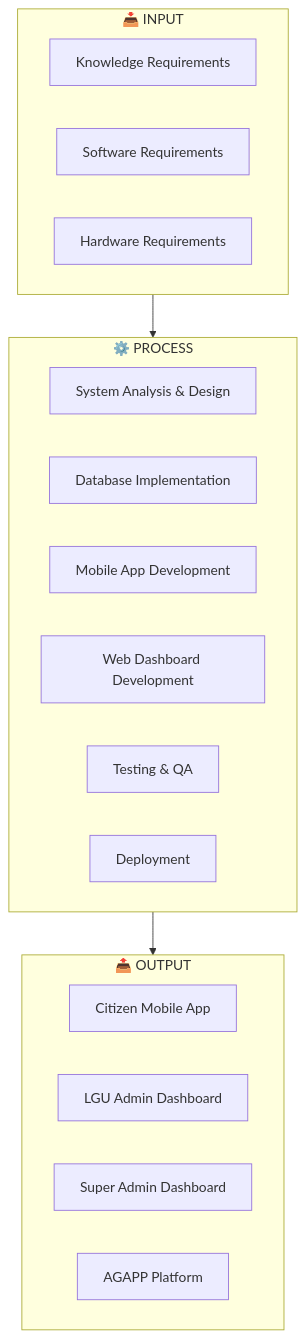
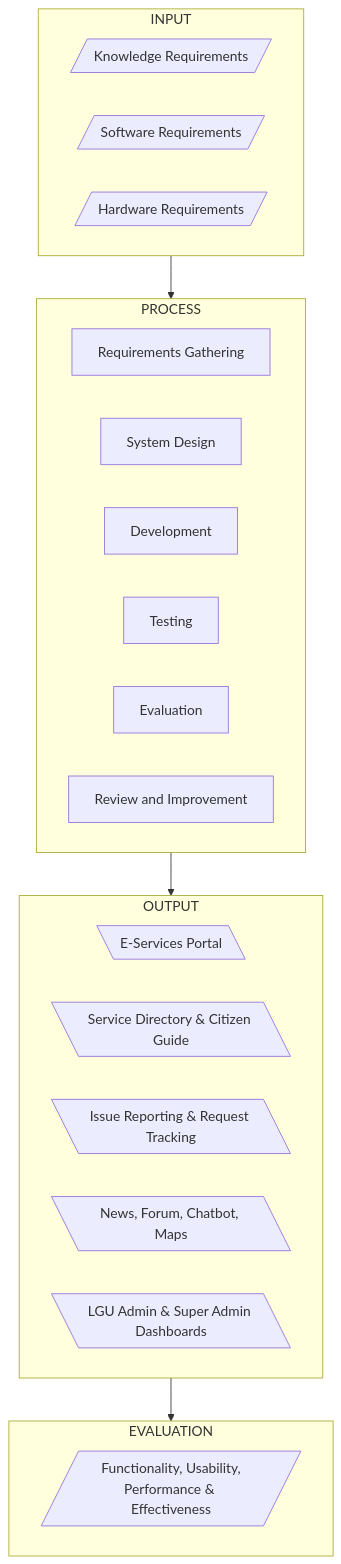
The first of 25 diagrams in Manuscript/diagrams.md (MellowLaw/AGAPP), drawn with Mermaid before and after one commit. The commit also changed other lines of this file and 1 other file, not shown here.

Commit message:
feat: update diagrams and figures documentation with detailed flowcharts and wireframes for AGAPP

````diff
--- a/Manuscript/diagrams.md
+++ b/Manuscript/diagrams.md
@@ -4,26 +4,32 @@
 ```mermaid
 flowchart TB
-    subgraph Input["📥 INPUT"]
-        I1[Knowledge Requirements]
-        I2[Software Requirements]
-        I3[Hardware Requirements]
+    subgraph Input["INPUT"]
+        I1[/Knowledge Requirements/]
+        I2[/Software Requirements/]
+        I3[/Hardware Requirements/]
     end
-    
-    subgraph Process["⚙️ PROCESS"]
-        P1[System Analysis & Design]
-        P2[Database Implementation]
-        P3[Mobile App Development]
-        P4[Web Dashboard Development]
-        P5[Testing & QA]
-        P6[Deployment]
+
+    subgraph Process["PROCESS"]
+        P1[Requirements Gathering]
+        P2[System Design]
+        P3[Development]
+        P4[Testing]
+        P5[Evaluation]
+        P6[Review and Improvement]
     end
-    
-    subgraph Output["📤 OUTPUT"]
-        O1[Citizen Mobile App]
-        O2[LGU Admin Dashboard]
-        O3[Super Admin Dashboard]
-        O4[AGAPP Platform]
+
+    subgraph Output["OUTPUT"]
+        O1[\E-Services Portal\]
+        O2[\Service Directory & Citizen Guide\]
+        O3[\Issue Reporting & Request Tracking\]
+        O4[\News, Forum, Chatbot, Maps\]
+        O5[\LGU Admin & Super Admin Dashboards\]
     end
-    
-    Input --> Process --> Output
+
+    subgraph Evaluation["EVALUATION"]
+        E1[/Functionality, Usability,
+Performance & Effectiveness/]
+    end
+
+    Input --> Process --> Output --> Evaluation
 ```
````
